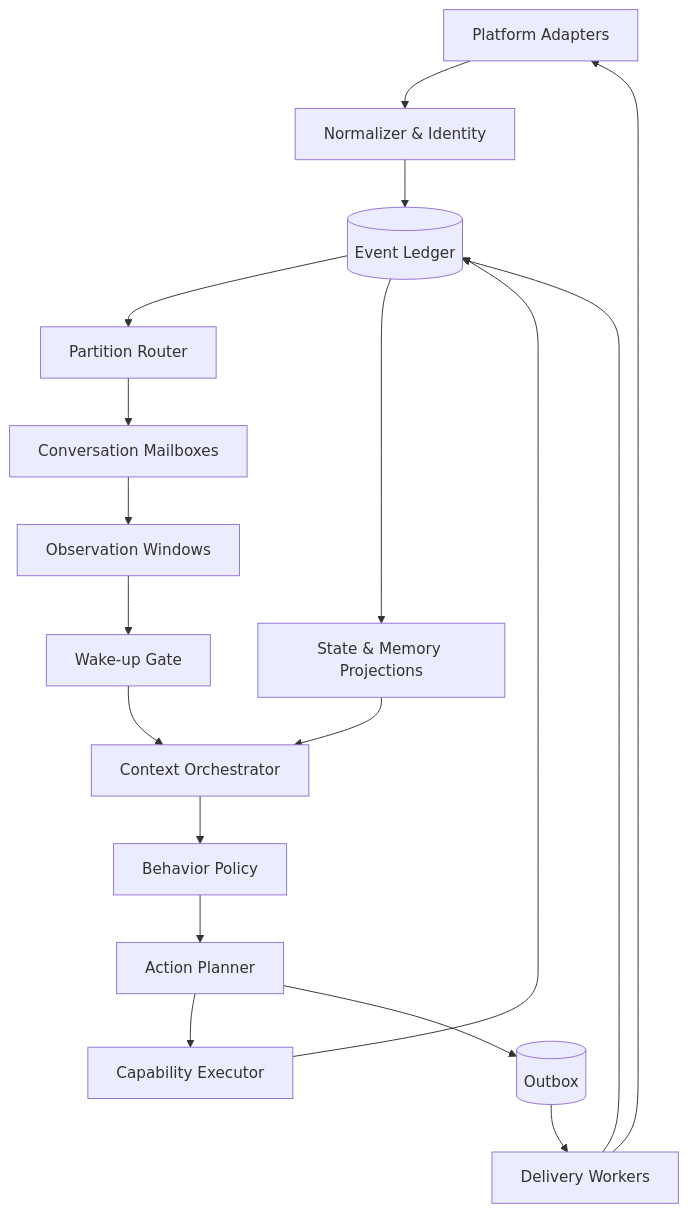
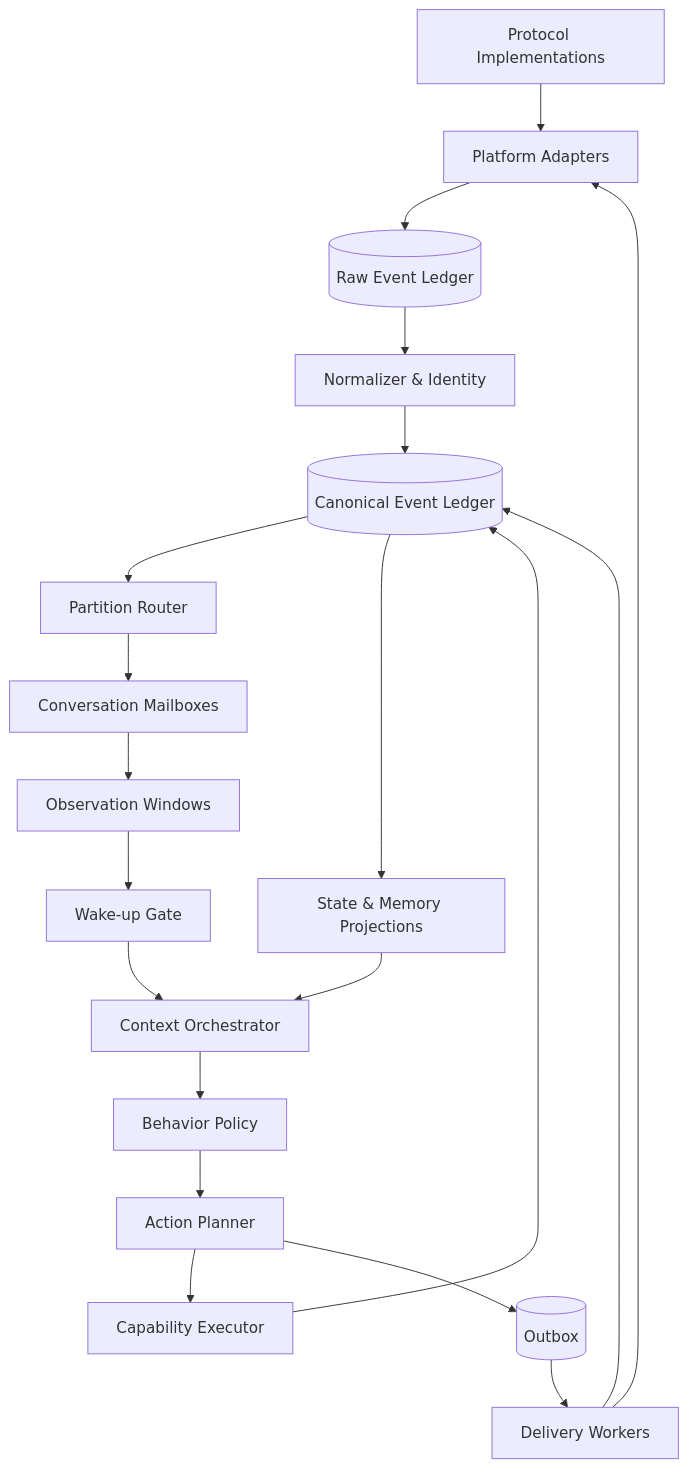
One commit to Heptalogos-Devs/Architecture-Vault changed the diagram in 04-Architecture/Runtime-Topology.md. Above: the diagram before and after it, drawn with Mermaid. The commit also changed other lines of this file and 19 other files, not shown here.

````diff
--- a/04-Architecture/Runtime-Topology.md
+++ b/04-Architecture/Runtime-Topology.md
@@ -18,20 +18,22 @@
 ```mermaid
 flowchart TB
-    A[Platform Adapters] --> B[Normalizer & Identity]
-    B --> C[(Event Ledger)]
+    P[Protocol Implementations] --> A[Platform Adapters]
+    A --> R[(Raw Event Ledger)]
+    R --> B[Normalizer & Identity]
+    B --> C[(Canonical Event Ledger)]
     C --> D[Partition Router]
     D --> E[Conversation Mailboxes]
     E --> F[Observation Windows]
     F --> G[Wake-up Gate]
     G --> H[Context Orchestrator]
     H --> I[Behavior Policy]
     I --> J[Action Planner]
     J --> K[Capability Executor]
     J --> L[(Outbox)]
     K --> C
     L --> M[Delivery Workers]
     M --> A
     M --> C
     C --> N[State & Memory Projections]
     N --> H
 ```
````
